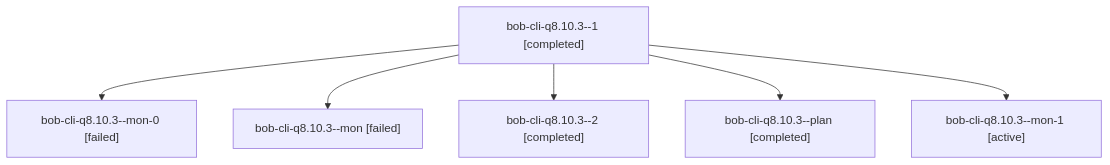
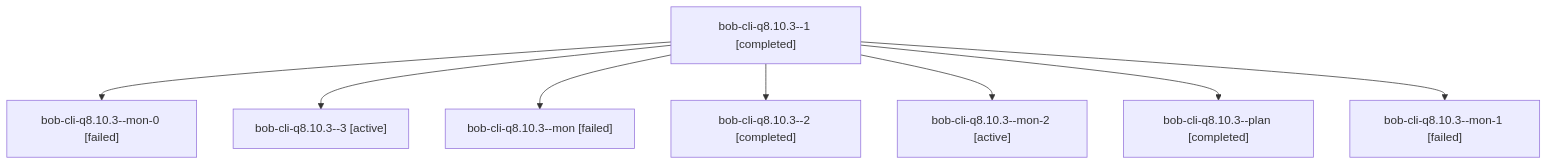
One commit to bobs-org/bob-cli--agents changed the diagram in sessions/bbugyi200.apollo.bob-cli-q8.10.3.md. Above: the diagram before and after it, drawn with Mermaid. The commit also changed other lines of this file and 50 other files, not shown here.

````diff
--- a/sessions/bbugyi200.apollo.bob-cli-q8.10.3.md
+++ b/sessions/bbugyi200.apollo.bob-cli-q8.10.3.md
@@ -9,14 +9,18 @@
 ```mermaid
 flowchart TD
   n0["bob-cli-q8.10.3--1 [completed]"]
   n1["bob-cli-q8.10.3--mon-0 [failed]"]
   n0 --> n1
-  n2["bob-cli-q8.10.3--mon [failed]"]
+  n2["bob-cli-q8.10.3--3 [active]"]
   n0 --> n2
-  n3["bob-cli-q8.10.3--2 [completed]"]
+  n3["bob-cli-q8.10.3--mon [failed]"]
   n0 --> n3
-  n4["bob-cli-q8.10.3--plan [completed]"]
+  n4["bob-cli-q8.10.3--2 [completed]"]
   n0 --> n4
-  n5["bob-cli-q8.10.3--mon-1 [active]"]
+  n5["bob-cli-q8.10.3--mon-2 [active]"]
   n0 --> n5
+  n6["bob-cli-q8.10.3--plan [completed]"]
+  n0 --> n6
+  n7["bob-cli-q8.10.3--mon-1 [failed]"]
+  n0 --> n7
 ```
````
